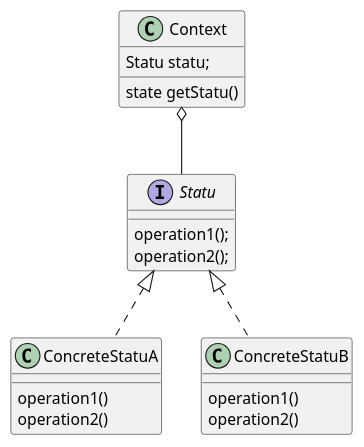
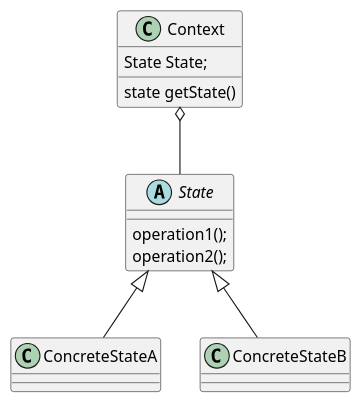
Before and after one commit to GitHub-yuteng/LearningNotes: the diagram in src/main/java/DesignPatterns/BehavioralType/State/State.puml, drawn with PlantUML. The commit also changed 8 other files, not shown here.

```diff
--- a/src/main/java/DesignPatterns/BehavioralType/State/State.puml
+++ b/src/main/java/DesignPatterns/BehavioralType/State/State.puml
@@ -1,26 +1,22 @@
 @startuml
 
 class Context{
-Statu statu;
-state getStatu()
+State State;
+state getState()
 }
 
-interface Statu{
+abstract class State{
 operation1();
 operation2();
 }
 
-class ConcreteStatuA implements Statu{
-operation1()
-operation2()
+class ConcreteStateA extends State{
 }
 
-class ConcreteStatuB implements Statu{
-operation1()
-operation2()
+class ConcreteStateB extends State{
 }
 
-Context o-- Statu
+Context o-- State
 
 
 @enduml
```
